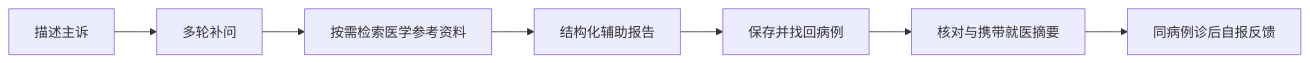
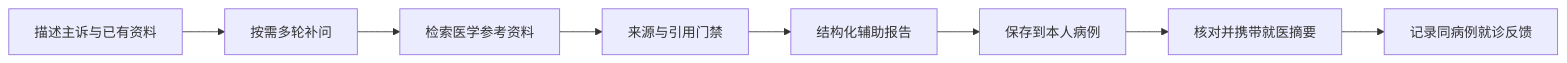
One commit to Echogithu/medaxis changed the first of 3 diagrams in README.md. Above: the diagram before and after it, drawn with Mermaid. The commit also changed other lines of this file, not shown here.

````diff
--- a/README.md
+++ b/README.md
@@ -66,9 +71,10 @@
 ```mermaid
 flowchart LR
-  A[描述主诉] --> B[多轮补问]
-  B --> C[按需检索医学参考资料]
-  C --> D[结构化辅助报告]
-  D --> E[保存并找回病例]
-  E --> F[核对与携带就医摘要]
-  F --> G[同病例诊后自报反馈]
+  A[描述主诉与已有资料] --> B[按需多轮补问]
+  B --> C[检索医学参考资料]
+  C --> D[来源与引用门禁]
+  D --> E[结构化辅助报告]
+  E --> F[保存到本人病例]
+  F --> G[核对并携带就医摘要]
+  G --> H[记录同病例就诊反馈]
 ```
````
